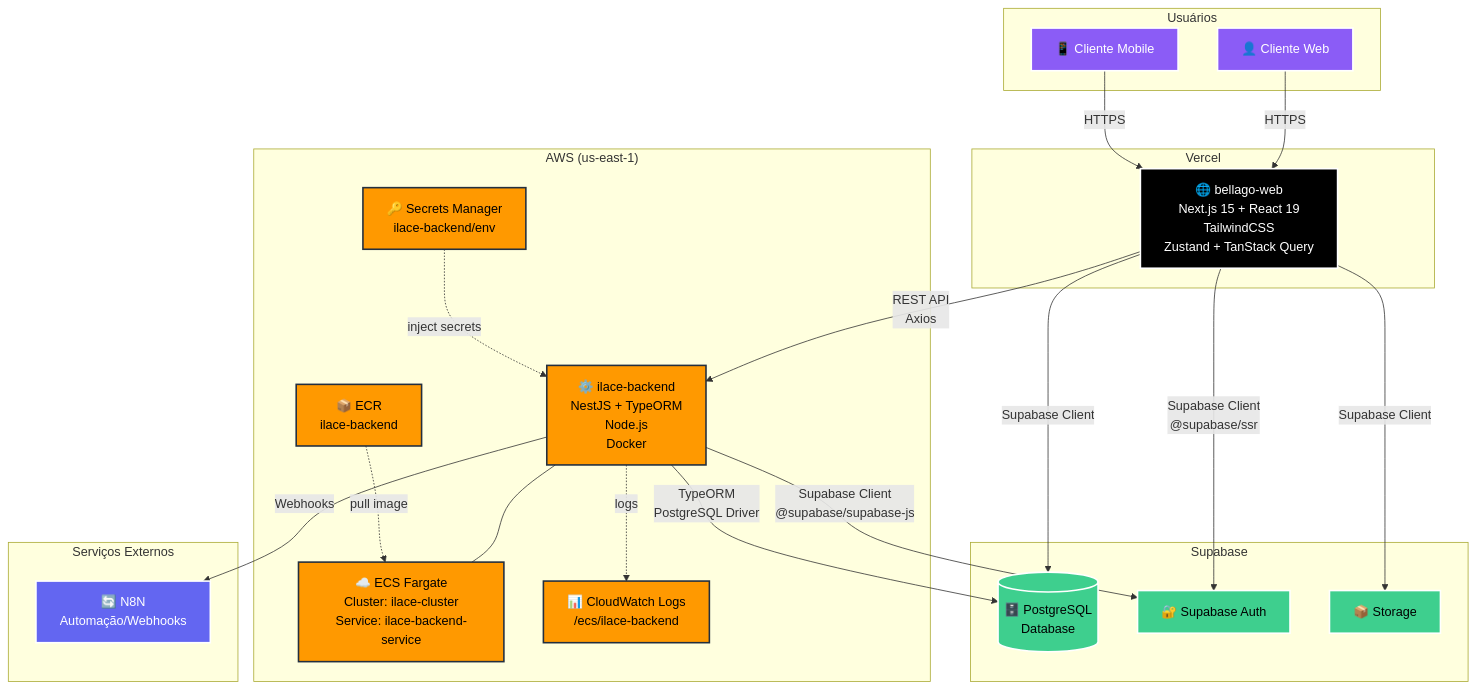
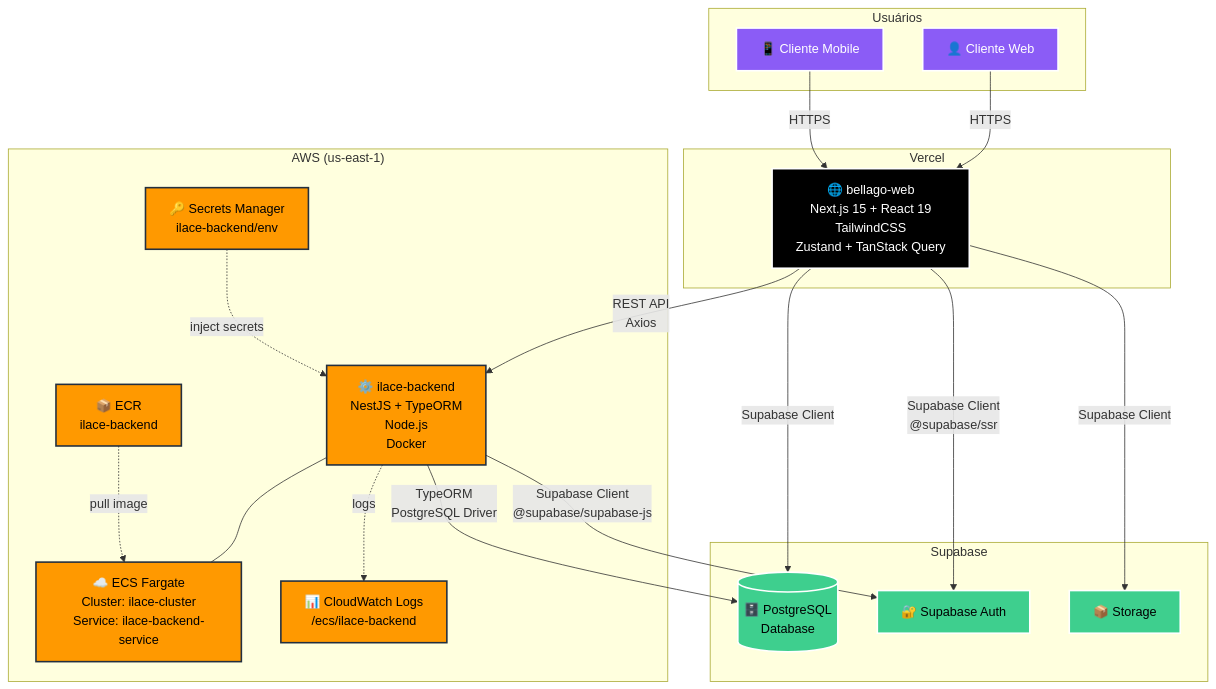
The diagram in ARQUITETURA.md (Bellago/arquitetura), drawn with Mermaid before and after one commit. The commit also changed other lines of this file, not shown here.

````diff
--- a/ARQUITETURA.md
+++ b/ARQUITETURA.md
@@ -5,63 +5,56 @@
 ```mermaid
 graph TB
     subgraph "Usuários"
         U1[👤 Cliente Web]
         U2[📱 Cliente Mobile]
     end
 
     subgraph "Vercel"
         FE[🌐 bellago-web<br/>Next.js 15 + React 19<br/>TailwindCSS<br/>Zustand + TanStack Query]
     end
 
     subgraph "AWS (us-east-1)"
         BE[⚙️ ilace-backend<br/>NestJS + TypeORM<br/>Node.js<br/>Docker]
         ECS[☁️ ECS Fargate<br/>Cluster: ilace-cluster<br/>Service: ilace-backend-service]
         ECR[📦 ECR<br/>ilace-backend]
         SM[🔑 Secrets Manager<br/>ilace-backend/env]
         CW[📊 CloudWatch Logs<br/>/ecs/ilace-backend]
         BE --- ECS
     end
 
     subgraph "Supabase"
         DB[(🗄️ PostgreSQL<br/>Database)]
         AUTH[🔐 Supabase Auth]
         STORAGE[📦 Storage]
     end
 
-    subgraph "Serviços Externos"
-        N8N[🔄 N8N<br/>Automação/Webhooks]
-    end
-
     %% Conexões dos usuários
     U1 -->|HTTPS| FE
     U2 -->|HTTPS| FE
 
     %% Conexões do Frontend
     FE -->|REST API<br/>Axios| BE
     FE -->|Supabase Client<br/>@supabase/ssr| AUTH
     FE -->|Supabase Client| DB
     FE -->|Supabase Client| STORAGE
 
     %% Conexões do Backend
     BE -->|TypeORM<br/>PostgreSQL Driver| DB
     BE -->|Supabase Client<br/>@supabase/supabase-js| AUTH
-    BE -->|Webhooks| N8N
 
     %% Infraestrutura AWS
     ECR -.->|pull image| ECS
     SM -.->|inject secrets| BE
     BE -.->|logs| CW
 
     %% Estilos
     classDef vercel fill:#000,stroke:#fff,stroke-width:2px,color:#fff
     classDef aws fill:#ff9900,stroke:#232f3e,stroke-width:2px,color:#000
     classDef supabase fill:#3ecf8e,stroke:#fff,stroke-width:2px,color:#000
-    classDef external fill:#6366f1,stroke:#fff,stroke-width:2px,color:#fff
     classDef user fill:#8b5cf6,stroke:#fff,stroke-width:2px,color:#fff
 
     class FE vercel
     class BE,ECS,ECR,SM,CW aws
     class DB,AUTH,STORAGE supabase
-    class N8N external
     class U1,U2 user
 ```
````
